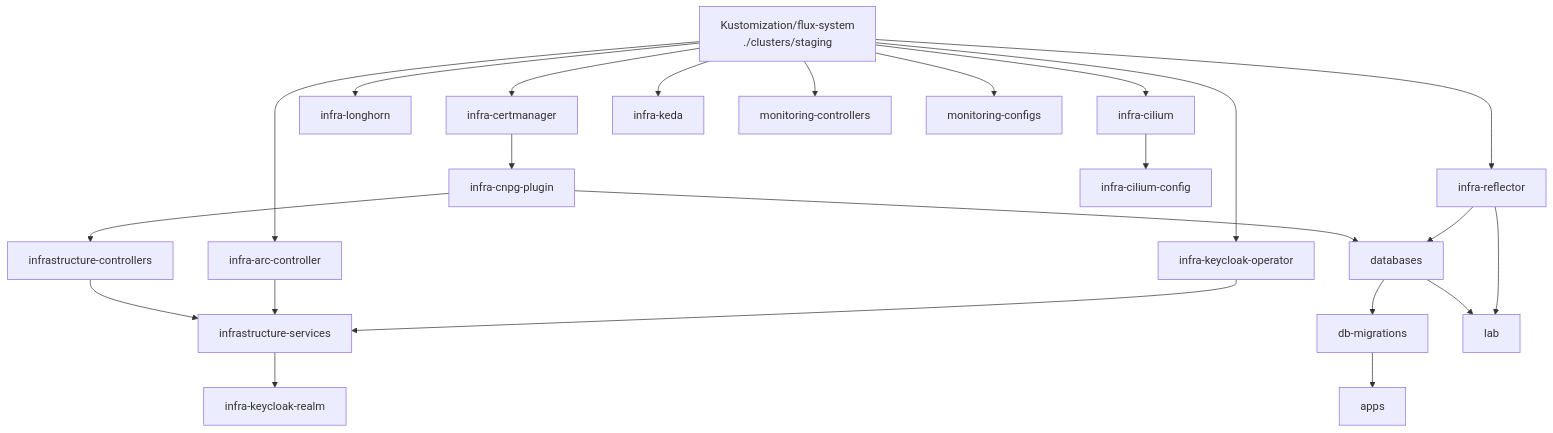
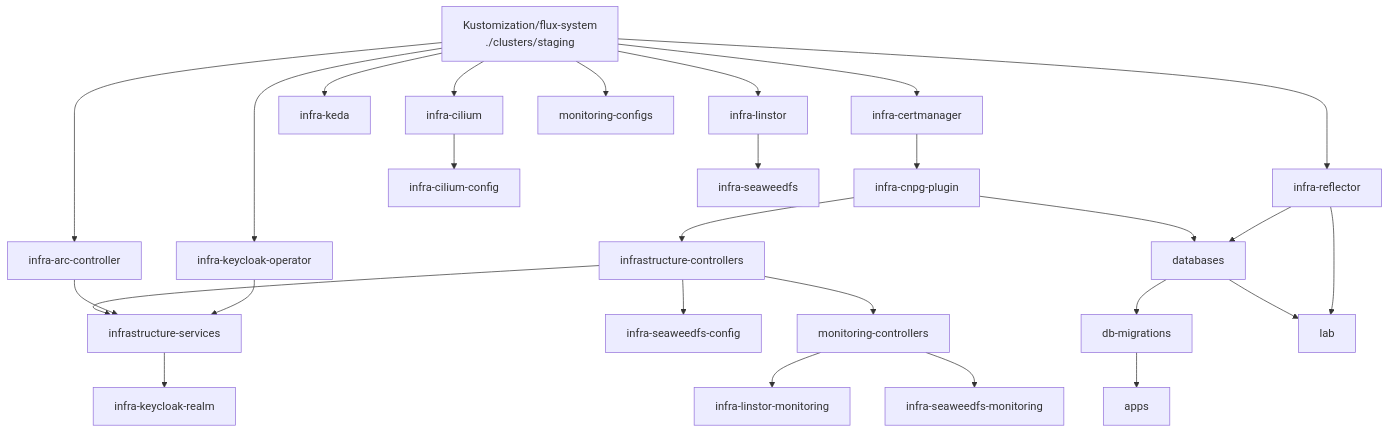
One commit to eliorion/homelab_v1 changed the diagram in clusters/README.md. Above: the diagram before and after it, drawn with Mermaid. The commit also changed other lines of this file and 9 other files, not shown here.

````diff
--- a/clusters/README.md
+++ b/clusters/README.md
@@ -186,29 +190,34 @@
 ```mermaid
 flowchart TD
     root["Kustomization/flux-system\n./clusters/staging"]
 
     root --> cm["infra-certmanager"]
     root --> arc["infra-arc-controller"]
-    root --> lh["infra-longhorn"]
     root --> cil["infra-cilium"]
     root --> refl["infra-reflector"]
     root --> keda["infra-keda"]
     root --> kco["infra-keycloak-operator"]
-    root --> mon["monitoring-controllers"]
+    root --> lin["infra-linstor"]
     root --> moncfg["monitoring-configs"]
 
     cm --> plugin["infra-cnpg-plugin"]
     cil --> cilcfg["infra-cilium-config"]
+    lin --> sw["infra-seaweedfs"]
     plugin --> ctrl["infrastructure-controllers"]
     ctrl --> svc["infrastructure-services"]
     arc --> svc
     kco --> svc
     svc --> realm["infra-keycloak-realm"]
+    ctrl --> swcfg["infra-seaweedfs-config"]
+
+    ctrl --> mon["monitoring-controllers"]
+    mon --> linmon["infra-linstor-monitoring"]
+    mon --> swmon["infra-seaweedfs-monitoring"]
 
     plugin --> db["databases"]
     refl --> db
     db --> mig["db-migrations"]
     mig --> apps["apps"]
     db --> lab["lab"]
     refl --> lab
 ```
````
